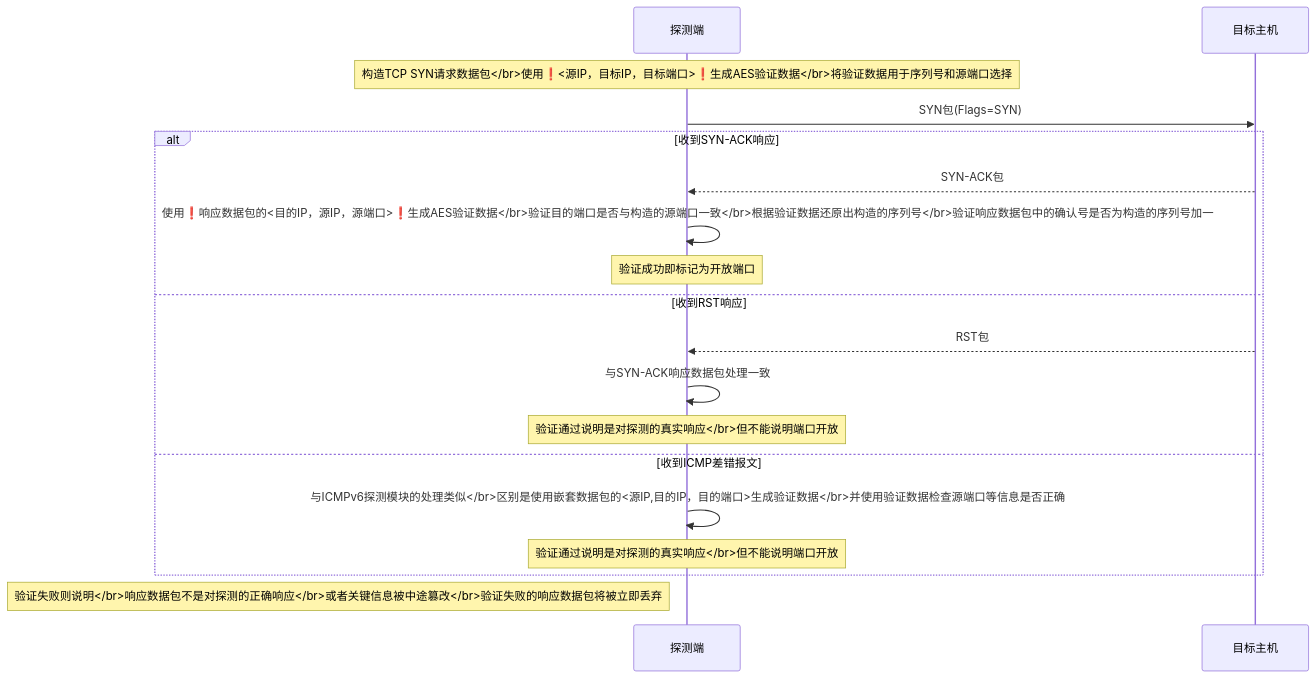
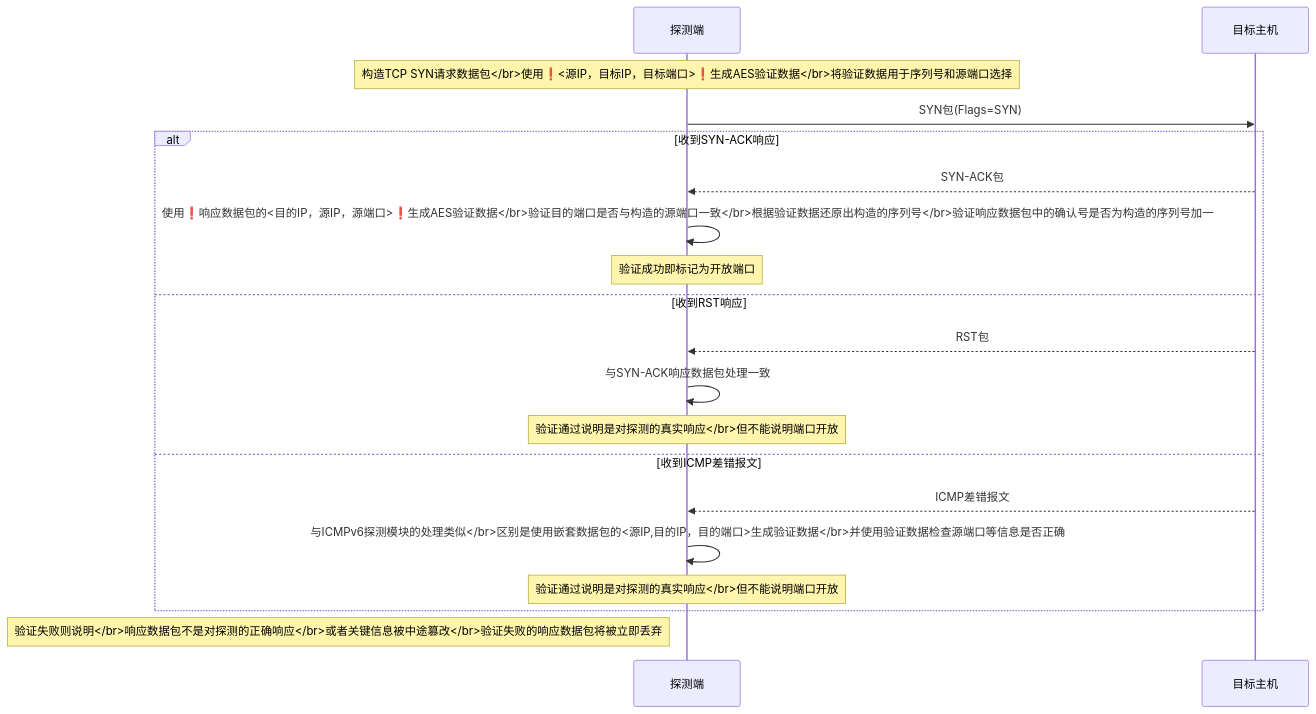
Before and after one commit to AddrMiner/smap: the second of 2 diagrams in docs/developer/probe_mod.md, drawn with Mermaid. The commit also changed 4 other files, not shown here.

````diff
--- a/docs/developer/probe_mod.md
+++ b/docs/developer/probe_mod.md
@@ -51,23 +51,24 @@
 ```mermaid
 sequenceDiagram
     participant 探测端
     participant 目标主机
 
     Note over 探测端: 构造TCP SYN请求数据包</br>使用❗<源IP，目标IP，目标端口>❗生成AES验证数据</br>将验证数据用于序列号和源端口选择
 
     探测端->>目标主机: SYN包(Flags=SYN)
 
     alt 收到SYN-ACK响应
         目标主机-->>探测端: SYN-ACK包
         探测端->>探测端: 使用❗响应数据包的<目的IP，源IP，源端口>❗生成AES验证数据</br>验证目的端口是否与构造的源端口一致</br>根据验证数据还原出构造的序列号</br>验证响应数据包中的确认号是否为构造的序列号加一
         Note over 探测端: 验证成功即标记为开放端口
     else 收到RST响应
         目标主机-->>探测端: RST包
         探测端->>探测端: 与SYN-ACK响应数据包处理一致
         Note over 探测端: 验证通过说明是对探测的真实响应</br>但不能说明端口开放
     else 收到ICMP差错报文
+    	目标主机-->>探测端: ICMP差错报文
     	探测端->>探测端: 与ICMPv6探测模块的处理类似</br>区别是使用嵌套数据包的<源IP,目的IP，目的端口>生成验证数据</br>并使用验证数据检查源端口等信息是否正确
         Note over 探测端: 验证通过说明是对探测的真实响应</br>但不能说明端口开放
     end
     Note left of 探测端: 验证失败则说明</br>响应数据包不是对探测的正确响应</br>或者关键信息被中途篡改</br>验证失败的响应数据包将被立即丢弃
 ```
````
